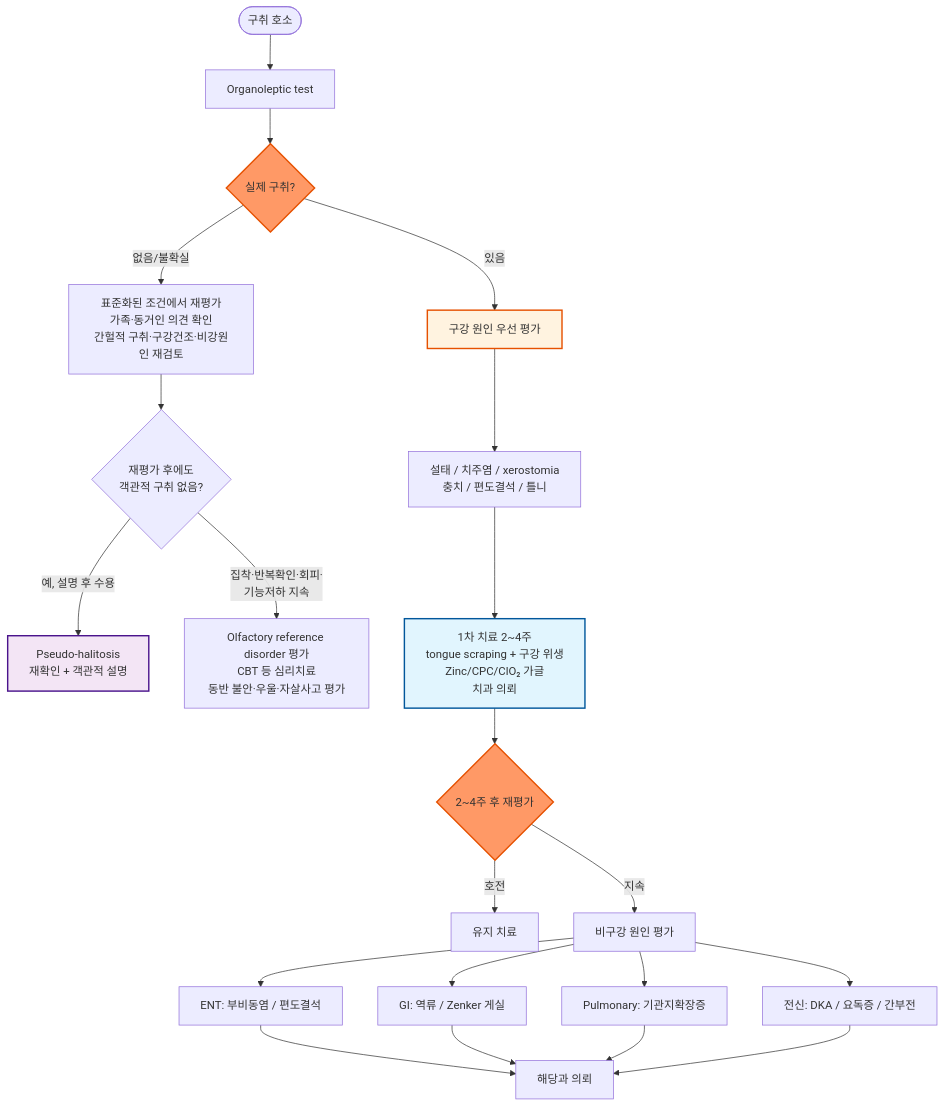
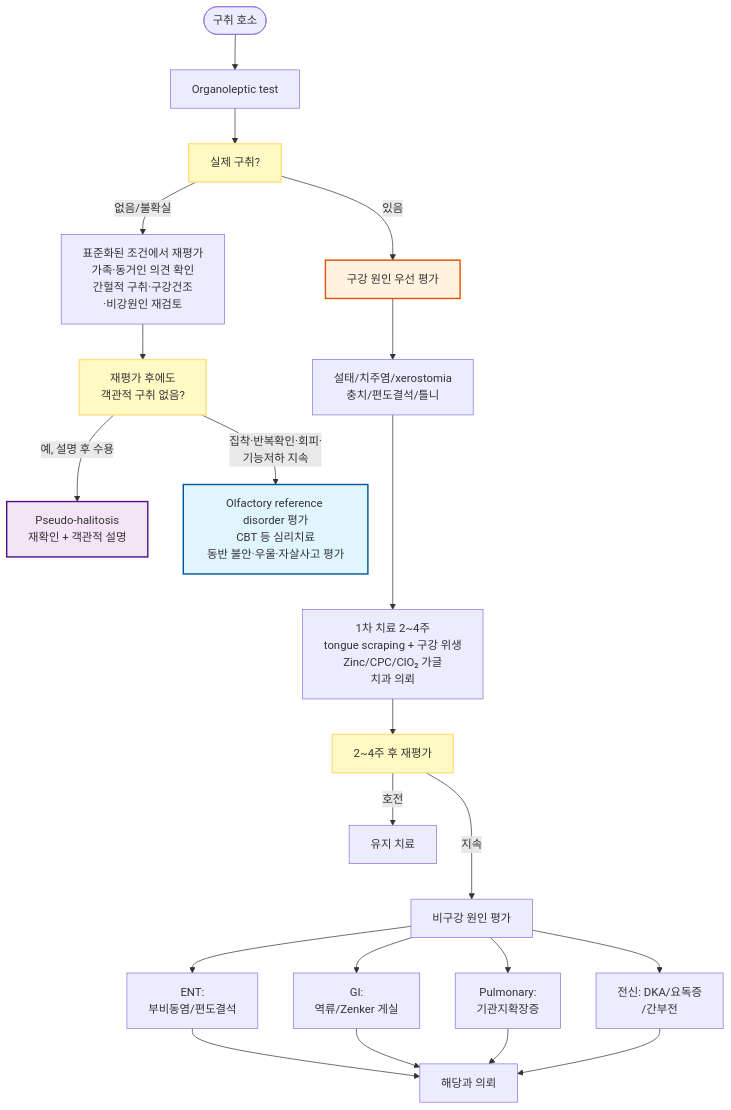
Before and after one commit to familyoh77/familyoh77: the diagram in 220_/004_-halitosis-bad-breath.md, drawn with Mermaid. The commit also changed other lines of this file, not shown here.

````diff
--- a/220_/004_-halitosis-bad-breath.md
+++ b/220_/004_-halitosis-bad-breath.md
@@ -129,29 +129,29 @@
 ```mermaid
 graph TD
     A([구취 호소]) --> B[Organoleptic test]
-    B --> C{실제 구취?}
-    C -->|없음/불확실| D[표준화된 조건에서 재평가<br/>가족·동거인 의견 확인<br/>간헐적 구취·구강건조·비강원인 재검토]
-    D --> D2{재평가 후에도<br/>객관적 구취 없음?}
-    D2 -->|예, 설명 후 수용| D3[Pseudo-halitosis<br/>재확인 + 객관적 설명]
-    D2 -->|집착·반복확인·회피·<br/>기능저하 지속| G[Olfactory reference disorder 평가<br/>CBT 등 심리치료<br/>동반 불안·우울·자살사고 평가]
+    B --> C[실제 구취?]
+    C -->|없음/불확실| D[표준화된 조건에서 재평가<br>가족·동거인 의견 확인<br>간헐적 구취·구강건조<br>·비강원인 재검토]
+    D --> D2[재평가 후에도<br>객관적 구취 없음?]
+    D2 -->|예, 설명 후 수용| D3[Pseudo-halitosis<br>재확인 + 객관적 설명]
+    D2 -->|집착·반복확인·회피·<br>기능저하 지속| G[Olfactory reference disorder 평가<br>CBT 등 심리치료<br>동반 불안·우울·자살사고 평가]
     C -->|있음| H[구강 원인 우선 평가]
-    H --> I[설태 / 치주염 / xerostomia<br/>충치 / 편도결석 / 틀니]
-    I --> J[1차 치료 2~4주<br/>tongue scraping + 구강 위생<br/>Zinc/CPC/ClO₂ 가글<br/>치과 의뢰]
-    J --> K{2~4주 후 재평가}
+    H --> I[설태/치주염/xerostomia<br>충치/편도결석/틀니]
+    I ---> J[1차 치료 2~4주<br>tongue scraping + 구강 위생<br>Zinc/CPC/ClO₂ 가글<br>치과 의뢰]
+    J --> K[2~4주 후 재평가]
     K -->|호전| L[유지 치료]
-    K -->|지속| M[비구강 원인 평가]
-    M --> N[ENT: 부비동염 / 편도결석]
-    M --> O[GI: 역류 / Zenker 게실]
-    M --> P[Pulmonary: 기관지확장증]
-    M --> Q[전신: DKA / 요독증 / 간부전]
+    K --->|지속| M[비구강 원인 평가]
+    M --> N[ENT: <br>부비동염/편도결석]
+    M --> O[GI: <br>역류/Zenker 게실]
+    M --> P[Pulmonary: <br>기관지확장증]
+    M --> Q[전신: DKA/요독증<br>/간부전]
     N --> R[해당과 의뢰]
     O --> R
     P --> R
     Q --> R
-
-    style C fill:#f96,stroke:#e65100,stroke-width:2px
-    style K fill:#f96,stroke:#e65100,stroke-width:2px
-    style J fill:#e1f5fe,stroke:#01579b,stroke-width:2px
+    style C fill:#fff9c4,stroke:#ffe082,stroke-width:2px
+    style D2 fill:#fff9c4,stroke:#ffe082,stroke-width:2px
+    style K fill:#fff9c4,stroke:#ffe082,stroke-width:2px
+    style H fill:#fff3e0,stroke:#e65100,stroke-width:2px
     style D3 fill:#f3e5f5,stroke:#4a148c,stroke-width:2px
-    style H fill:#fff3e0,stroke:#e65100,stroke-width:2px
+    style G fill:#e1f5fe,stroke:#01579b,stroke-width:2px
 ```
````
